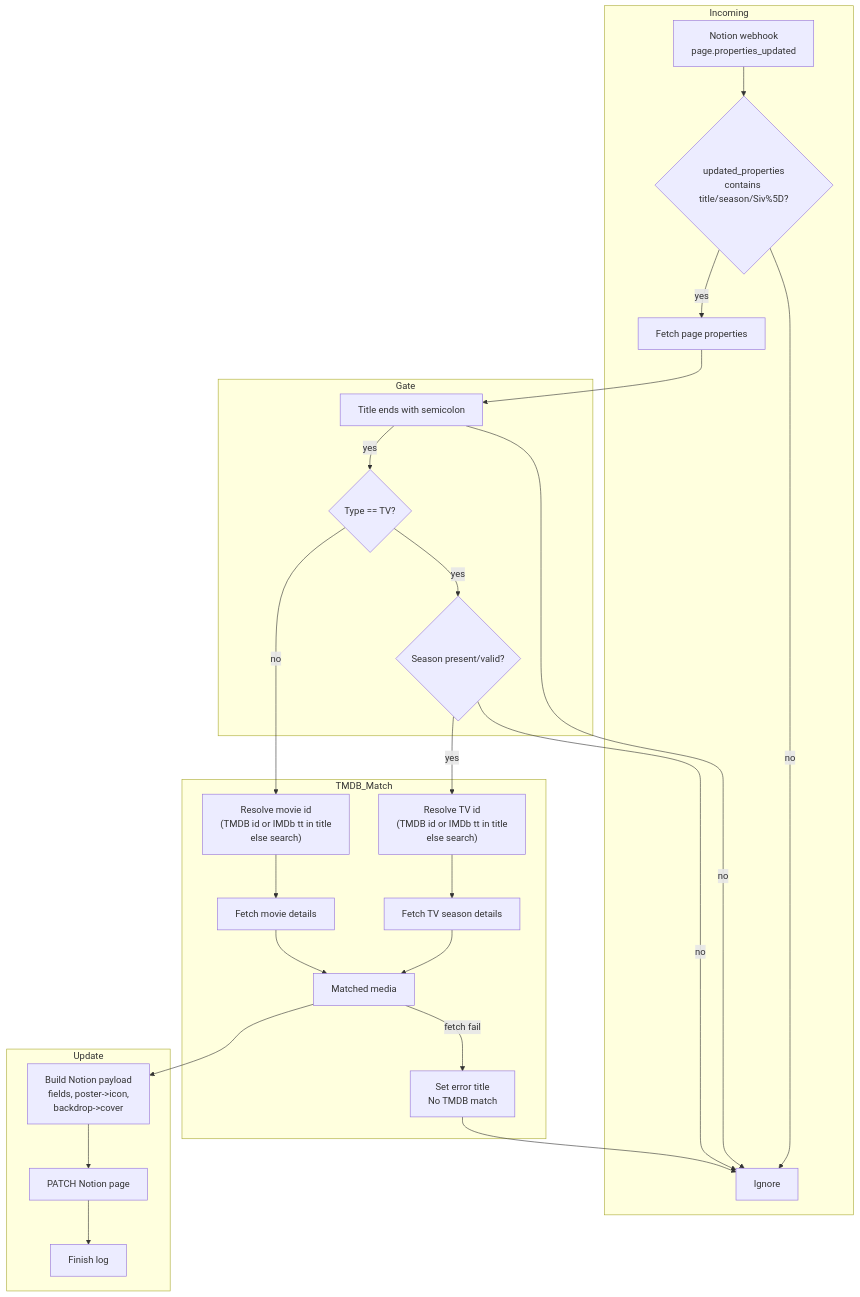
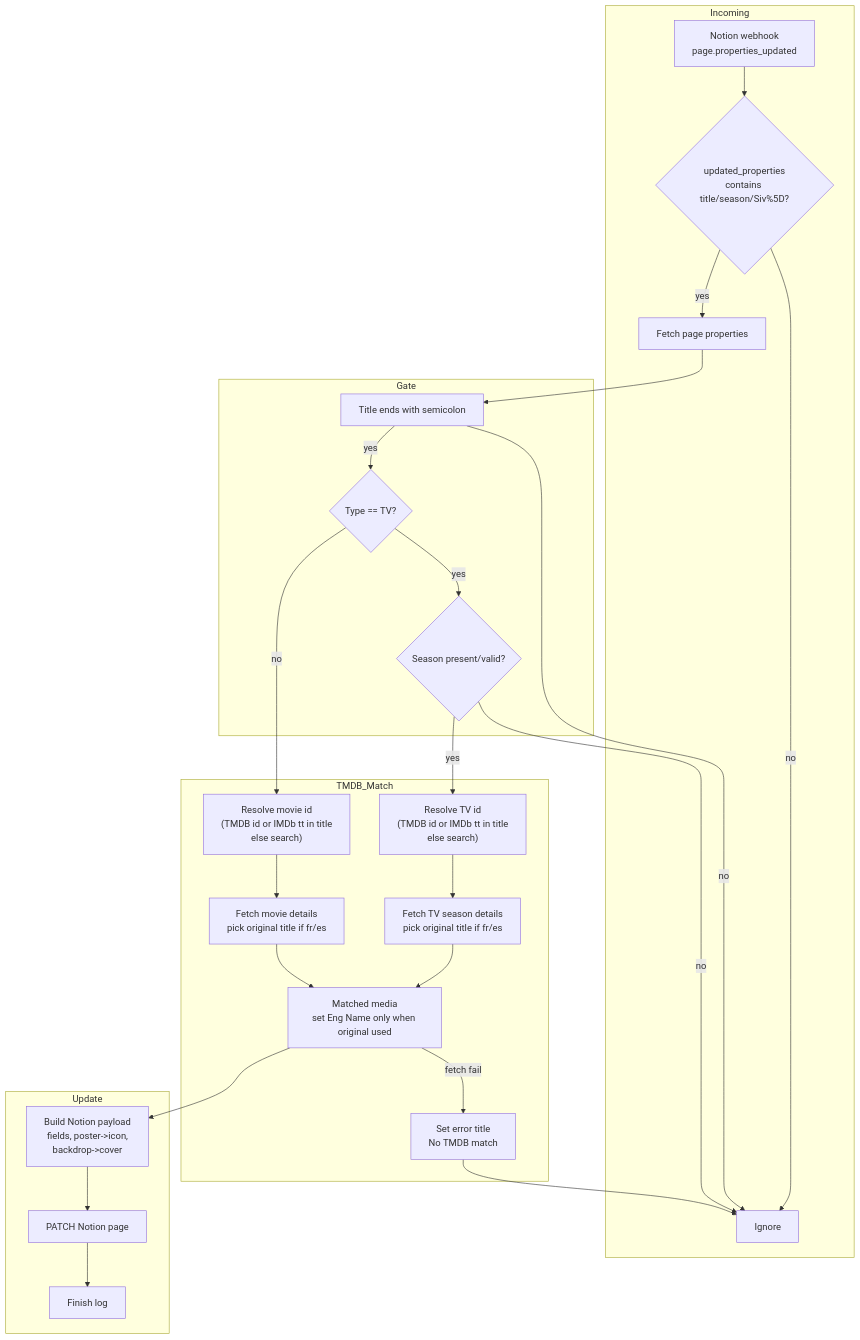
Before and after one commit to BattermanZ/CineLink: the diagram in docs/workflow_v2.md, drawn with Mermaid. The commit also changed 3 other files, not shown here.

````diff
--- a/docs/workflow_v2.md
+++ b/docs/workflow_v2.md
@@ -3,33 +3,33 @@
 ```mermaid
 flowchart TD
     subgraph Incoming
         A["Notion webhook<br/>page.properties_updated"] --> B{updated_properties<br/>contains title/season/Siv%5D?}
         B -- "no" --> Z[Ignore]
         B -- "yes" --> C[Fetch page properties]
     end
 
     subgraph Gate
         C --> D[Title ends with semicolon]
         D -- "no" --> Z
         D -- "yes" --> E{Type == TV?}
         E -- "yes" --> F{Season present/valid?}
         F -- "no" --> Z
     end
 
     subgraph TMDB_Match
         E -- "no" --> G["Resolve movie id<br/>(TMDB id or IMDb tt in title<br/>else search)"]
         F -- "yes" --> H["Resolve TV id<br/>(TMDB id or IMDb tt in title<br/>else search)"]
-        G --> I[Fetch movie details]
-        H --> J[Fetch TV season details]
-        I --> K[Matched media]
+        G --> I[Fetch movie details<br/>pick original title if fr/es]
+        H --> J[Fetch TV season details<br/>pick original title if fr/es]
+        I --> K[Matched media<br/>set Eng Name only when original used]
         J --> K
         K -- "fetch fail" --> L["Set error title<br/>No TMDB match"]
         L --> Z
     end
 
     subgraph Update
         K --> M["Build Notion payload<br/>fields, poster->icon,<br/>backdrop->cover"]
         M --> N[PATCH Notion page]
         N --> O[Finish log]
     end
 ```
````
